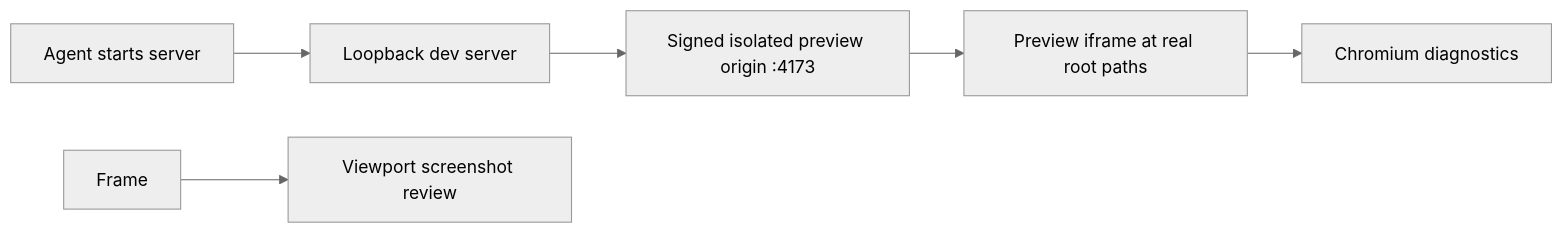
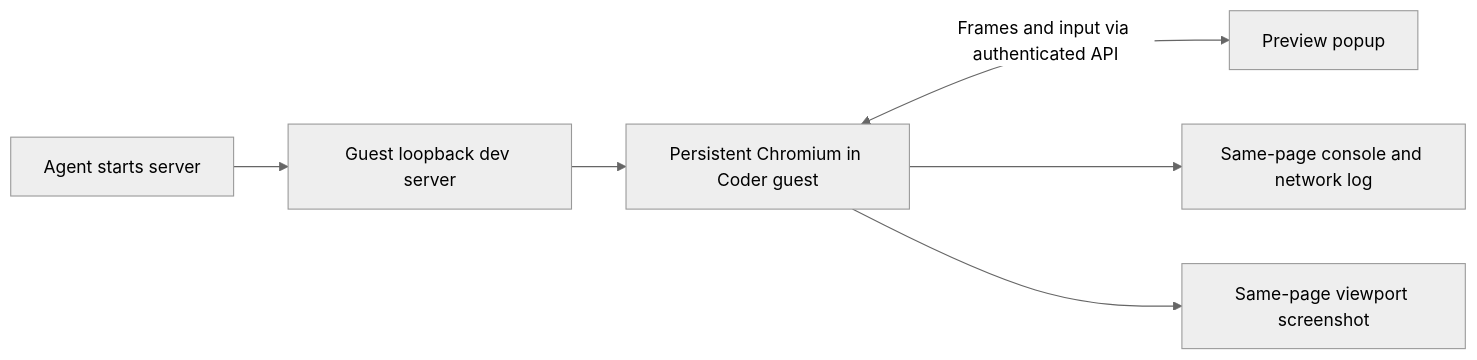
One commit to rajatalha150/PeakUI changed the third of 3 diagrams in docs/architecture.md. Above: the diagram before and after it, drawn with Mermaid (neutral theme). The commit also changed other lines of this file and 6 other files, not shown here.

Commit message:
Document guest Coder preview across deployment guides

````diff
--- a/docs/architecture.md
+++ b/docs/architecture.md
@@ -42,8 +42,8 @@
 ```mermaid
 flowchart LR
-  Agent[Agent starts server] --> DevServer[Loopback dev server]
-  DevServer --> PreviewGateway[Signed isolated preview origin :4173]
-  PreviewGateway --> PreviewFrame[Preview iframe at real root paths]
-  PreviewFrame --> Log[Chromium diagnostics]
-  Frame --> Vision[Viewport screenshot review]
+  Agent[Agent starts server] --> DevServer[Guest loopback dev server]
+  DevServer --> Chromium[Persistent Chromium in Coder guest]
+  Chromium <-->|Frames and input via authenticated API| Popup[Preview popup]
+  Chromium --> Log[Same-page console and network log]
+  Chromium --> Vision[Same-page viewport screenshot]
 ```
````
